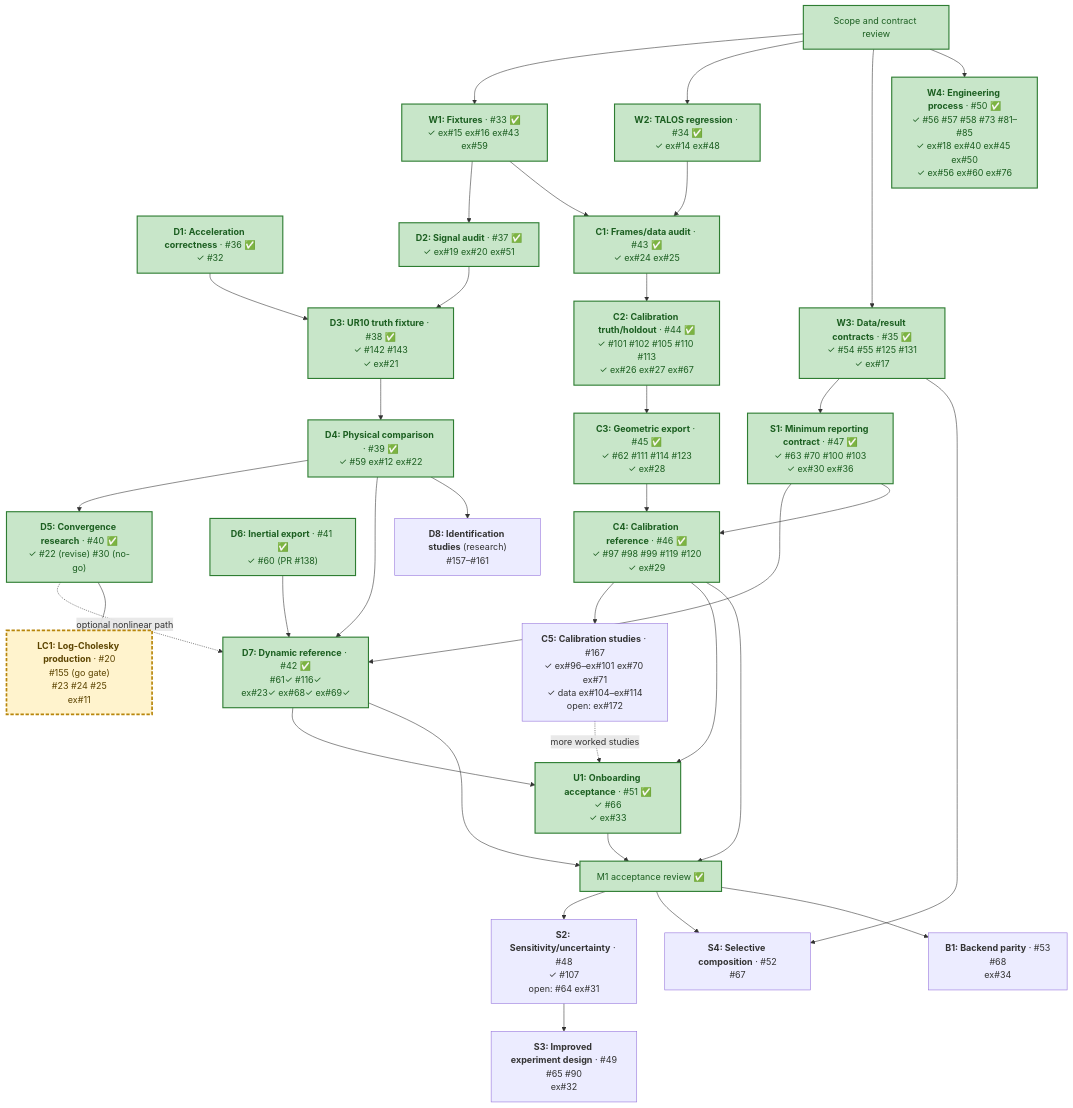
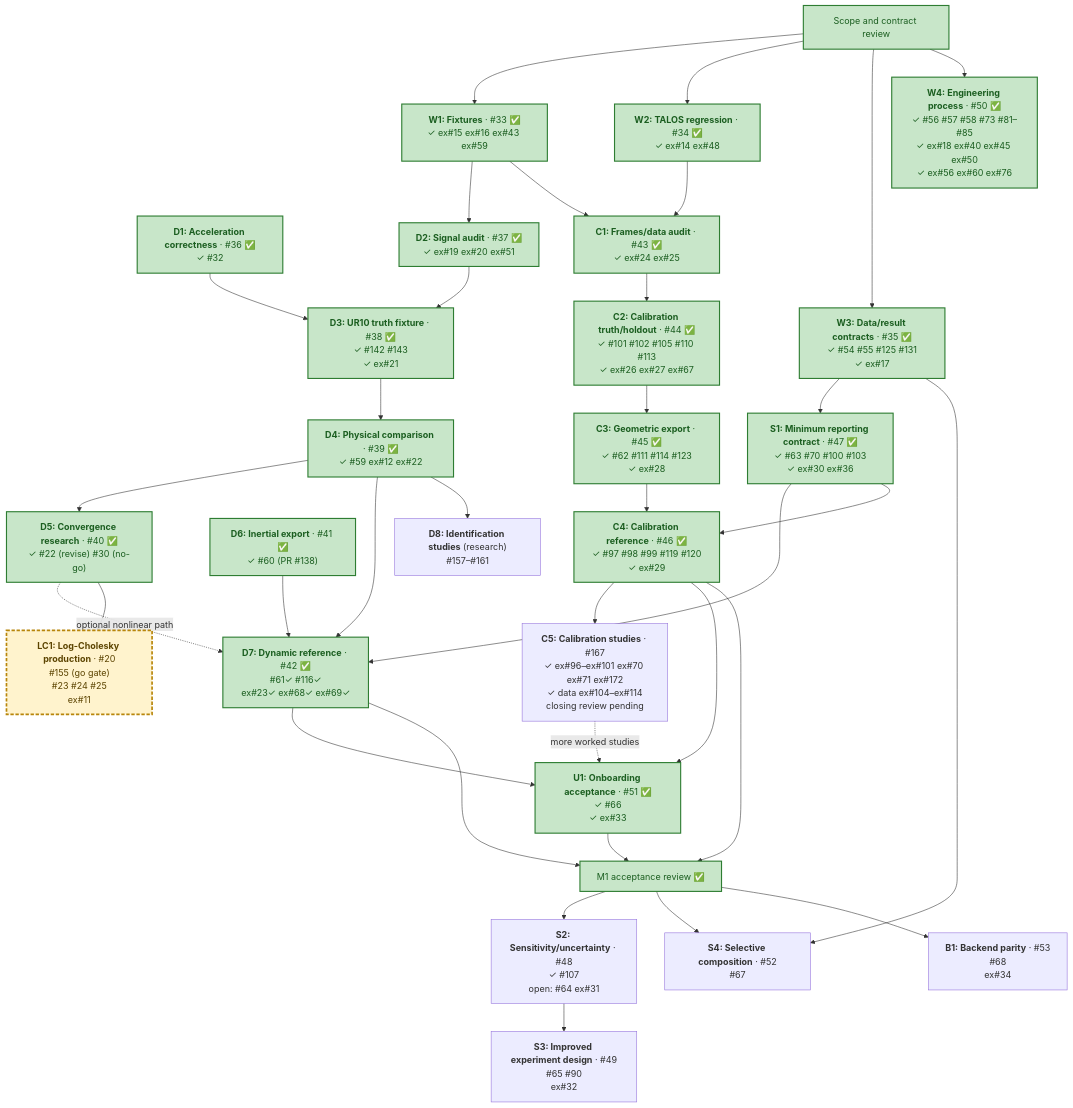
Before and after one commit to thanhndv212/figaroh-plus: the diagram in docs/plans/identification-calibration-delivery.md, drawn with Mermaid. The commit also changed other lines of this file and 2 other files, not shown here.

First line of the commit message:
docs(plans): record C5 TALOS mocap study done, closing review pending (#167)

````diff
--- a/docs/plans/identification-calibration-delivery.md
+++ b/docs/plans/identification-calibration-delivery.md
@@ -77,70 +77,70 @@
 ```mermaid
 flowchart TD
     R["Scope and contract review"]
     W1["<b>W1: Fixtures</b> · #33 ✅<br/>✓ ex#15 ex#16 ex#43 ex#59"]
     W2["<b>W2: TALOS regression</b> · #34 ✅<br/>✓ ex#14 ex#48"]
     W3["<b>W3: Data/result contracts</b> · #35 ✅<br/>✓ #54 #55 #125 #131<br/>✓ ex#17"]
     W4["<b>W4: Engineering process</b> · #50 ✅<br/>✓ #56 #57 #58 #73 #81–#85<br/>✓ ex#18 ex#40 ex#45 ex#50<br/>✓ ex#56 ex#60 ex#76"]
     D1["<b>D1: Acceleration correctness</b> · #36 ✅<br/>✓ #32"]
     D2["<b>D2: Signal audit</b> · #37 ✅<br/>✓ ex#19 ex#20 ex#51"]
     D3["<b>D3: UR10 truth fixture</b> · #38 ✅<br/>✓ #142 #143<br/>✓ ex#21"]
     D4["<b>D4: Physical comparison</b> · #39 ✅<br/>✓ #59 ex#12 ex#22"]
     D5["<b>D5: Convergence research</b> · #40 ✅<br/>✓ #22 (revise) #30 (no-go)"]
     D6["<b>D6: Inertial export</b> · #41 ✅<br/>✓ #60 (PR #138)"]
     D7["<b>D7: Dynamic reference</b> · #42 ✅<br/>#61✓ #116✓<br/>ex#23✓ ex#68✓ ex#69✓"]
     C1["<b>C1: Frames/data audit</b> · #43 ✅<br/>✓ ex#24 ex#25"]
     C2["<b>C2: Calibration truth/holdout</b> · #44 ✅<br/>✓ #101 #102 #105 #110 #113<br/>✓ ex#26 ex#27 ex#67"]
     C3["<b>C3: Geometric export</b> · #45 ✅<br/>✓ #62 #111 #114 #123<br/>✓ ex#28"]
     C4["<b>C4: Calibration reference</b> · #46 ✅<br/>✓ #97 #98 #99 #119 #120<br/>✓ ex#29"]
-    C5["<b>C5: Calibration studies</b> · #167<br/>✓ ex#96–ex#101 ex#70 ex#71<br/>✓ data ex#104–ex#114<br/>open: ex#172"]
+    C5["<b>C5: Calibration studies</b> · #167<br/>✓ ex#96–ex#101 ex#70 ex#71 ex#172<br/>✓ data ex#104–ex#114<br/>closing review pending"]
     D8["<b>D8: Identification studies</b> (research)<br/>#157–#161"]
     S1["<b>S1: Minimum reporting contract</b> · #47 ✅<br/>✓ #63 #70 #100 #103<br/>✓ ex#30 ex#36"]
     U1["<b>U1: Onboarding acceptance</b> · #51 ✅<br/>✓ #66<br/>✓ ex#33"]
     A["M1 acceptance review ✅"]
     S2["<b>S2: Sensitivity/uncertainty</b> · #48<br/>✓ #107<br/>open: #64 ex#31"]
     S3["<b>S3: Improved experiment design</b> · #49<br/>#65 #90<br/>ex#32"]
     S4["<b>S4: Selective composition</b> · #52<br/>#67"]
     B1["<b>B1: Backend parity</b> · #53<br/>#68<br/>ex#34"]
     LC1["<b>LC1: Log-Cholesky production</b> · #20<br/>#155 (go gate)<br/>#23 #24 #25<br/>ex#11"]
 
     R --> W1
     R --> W2
     R --> W3
     R --> W4
     W1 --> D2
     D1 --> D3
     D2 --> D3
     D3 --> D4
     D4 --> D5
     D6 --> D7
     D4 --> D7
     D5 -. optional nonlinear path .-> D7
     D5 --> LC1
     W1 --> C1
     W2 --> C1
     C1 --> C2
     C2 --> C3
     C3 --> C4
     C4 --> C5
     D4 --> D8
     C5 -. more worked studies .-> U1
     W3 --> S1
     S1 --> D7
     S1 --> C4
     D7 --> U1
     C4 --> U1
     D7 --> A
     C4 --> A
     U1 --> A
     A --> S2
     S2 --> S3
     A --> S4
     W3 --> S4
     A --> B1
 
     classDef cleared fill:#c8e6c9,stroke:#2e7d32,stroke-width:2px,color:#1b5e20
     classDef ready fill:#fff3cd,stroke:#b8860b,color:#5c4400
     class R,W1,W2,W3,W4,D1,D2,C1,C2,C3,S1,D6,C4,D3,D4,D5,D7,U1,A cleared
     class LC1 active
     classDef active fill:#fff3cd,stroke:#b8860b,stroke-width:3px,stroke-dasharray:6 3,color:#5c4400
 ```
````
